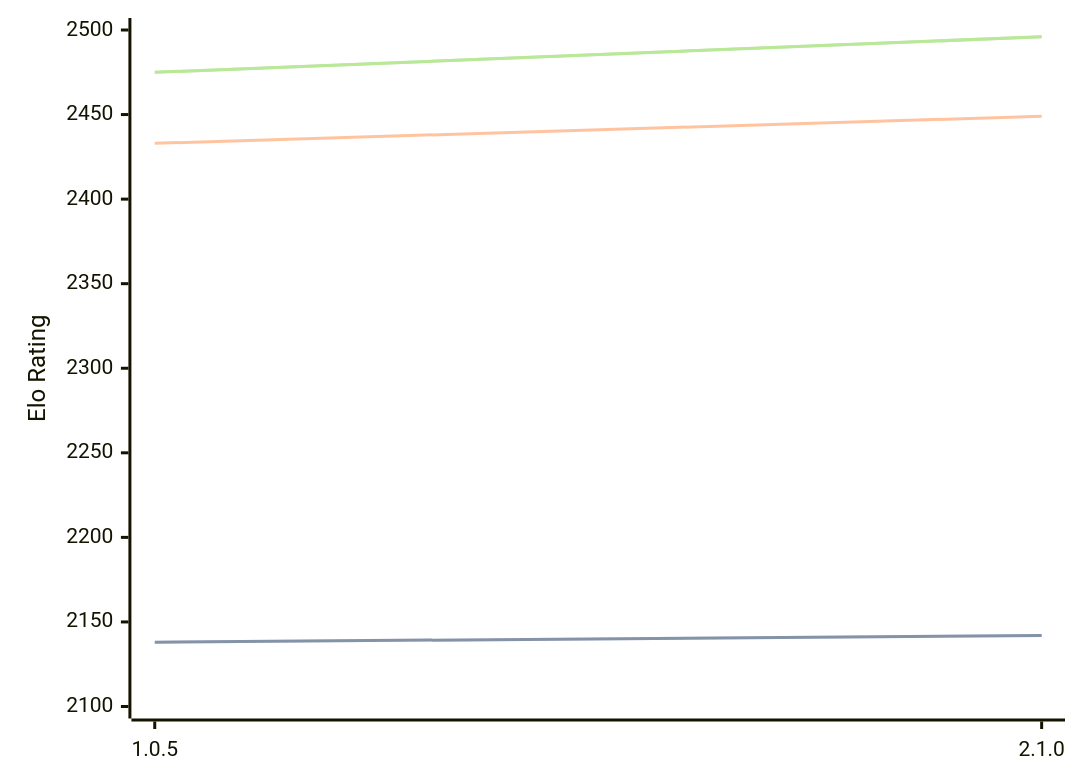
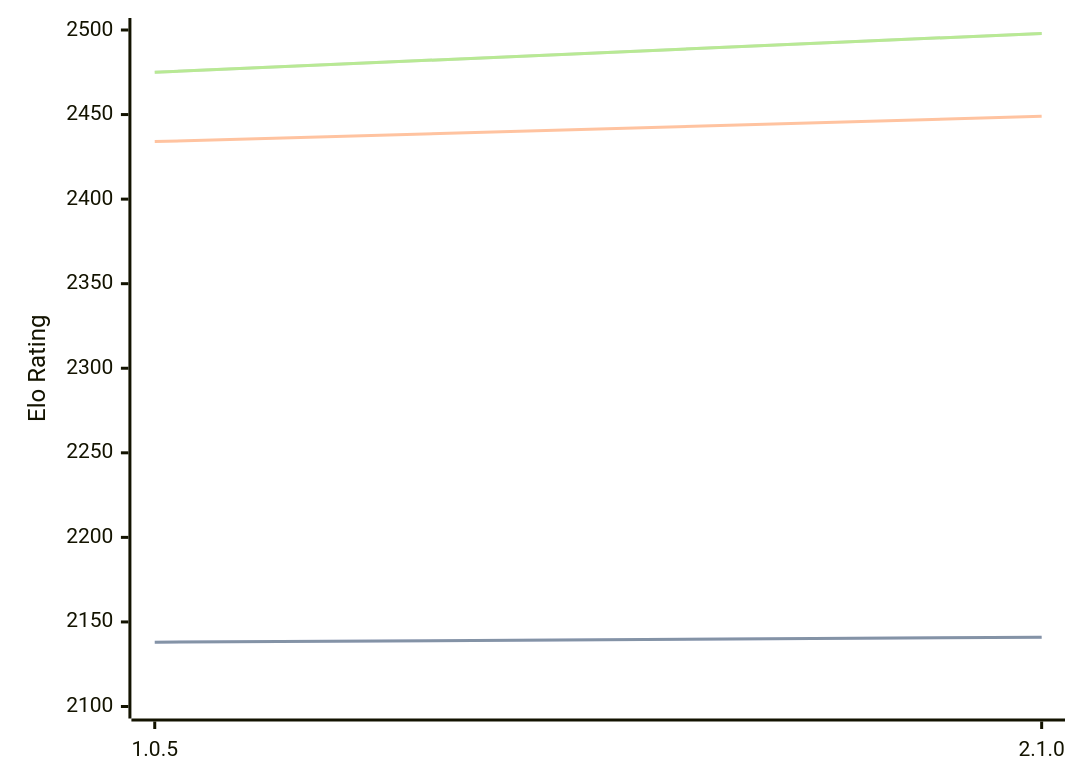
Before and after one commit to computer-chess-index/cci: the diagram in engines/Ruffian.md, drawn with Mermaid. The commit also changed other lines of this file, not shown here.

Commit message:
Update CCI Ratings (ELO VLTC) - 2026-05-22

````diff
--- a/engines/Ruffian.md
+++ b/engines/Ruffian.md
@@ -32,11 +32,11 @@
 ```mermaid
 %%{init: {"theme":"base","themeVariables":{"seriesColors:['#a3a3a3','#222221','#faa371']}}}%%
 xychart-beta
   x-axis ["1.0.5", "2.1.0"]
   y-axis "Elo Rating" 2100 --> 2500
-  line "STC (8.0+0.08s)" [2138, 2142]
-  line "STC (8.0+0.08s)" [2138, 2142]
-  line "LTC (60.0+0.60s)" [2433, 2449]
-  line "VLTC (2m24s+1.12s)" [2475, 2496]
-  line "VLTC (2m24s+1.12s)" [2475, 2496]
+  line "STC (8.0+0.08s)" [2138, 2141]
+  line "STC (8.0+0.08s)" [2138, 2141]
+  line "LTC (60.0+0.60s)" [2434, 2449]
+  line "VLTC (2m24s+1.12s)" [2475, 2498]
+  line "VLTC (2m24s+1.12s)" [2475, 2498]
 ```
````
